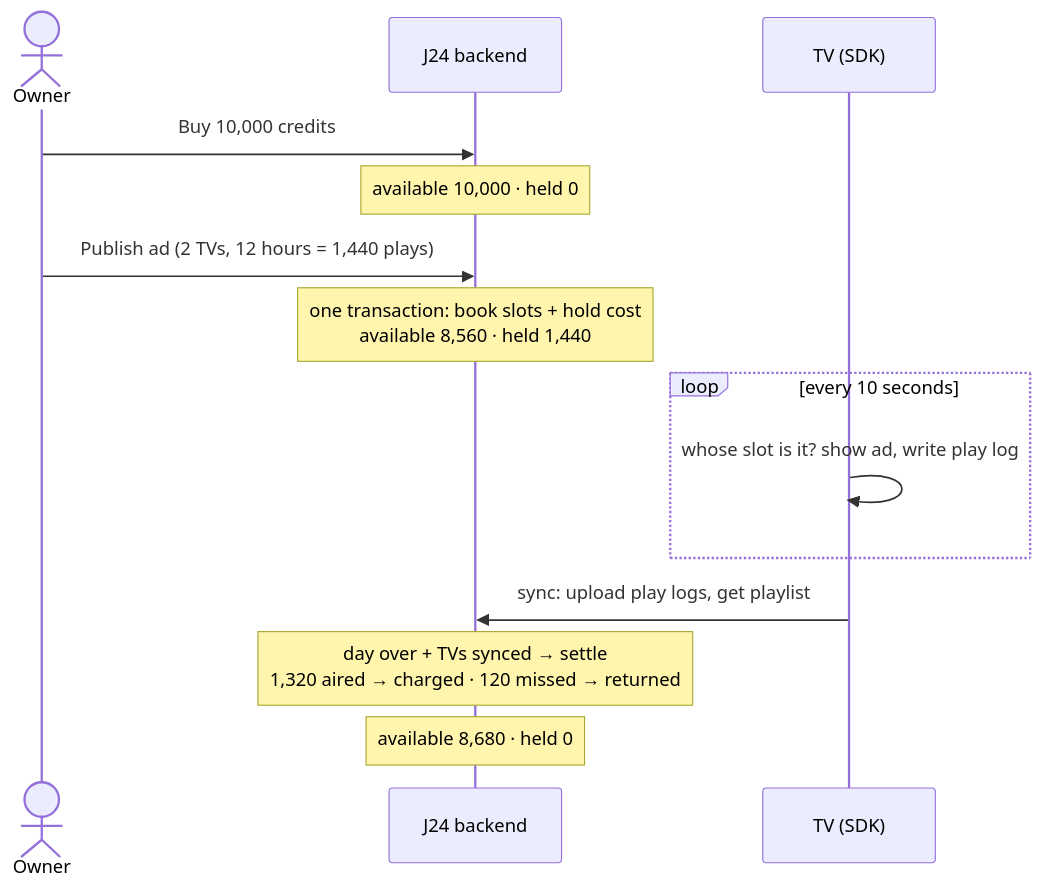
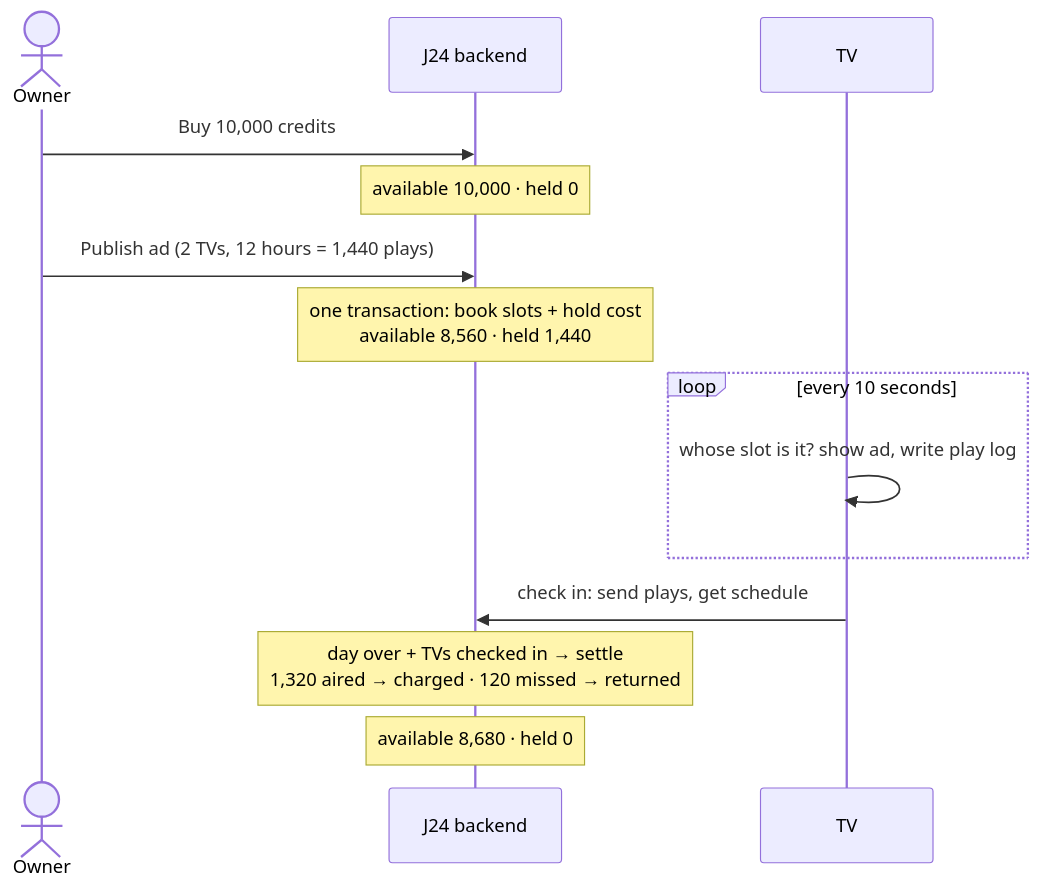
One commit to vkinsane/mini-app-jumbotail changed the diagram in Readme.md. Above: the diagram before and after it, drawn with Mermaid. The commit also changed other lines of this file, not shown here.

````diff
--- a/Readme.md
+++ b/Readme.md
@@ -307,17 +331,17 @@
 ```mermaid
 sequenceDiagram
     actor Owner
     participant API as J24 backend
-    participant TV as TV (SDK)
+    participant TV as TV
 
     Owner->>API: Buy 10,000 credits
     Note over API: available 10,000 · held 0
     Owner->>API: Publish ad (2 TVs, 12 hours = 1,440 plays)
     Note over API: one transaction: book slots + hold cost<br/>available 8,560 · held 1,440
     loop every 10 seconds
         TV->>TV: whose slot is it? show ad, write play log
     end
-    TV->>API: sync: upload play logs, get playlist
-    Note over API: day over + TVs synced → settle<br/>1,320 aired → charged · 120 missed → returned
+    TV->>API: check in: send plays, get schedule
+    Note over API: day over + TVs checked in → settle<br/>1,320 aired → charged · 120 missed → returned
     Note over API: available 8,680 · held 0
 ```
````
